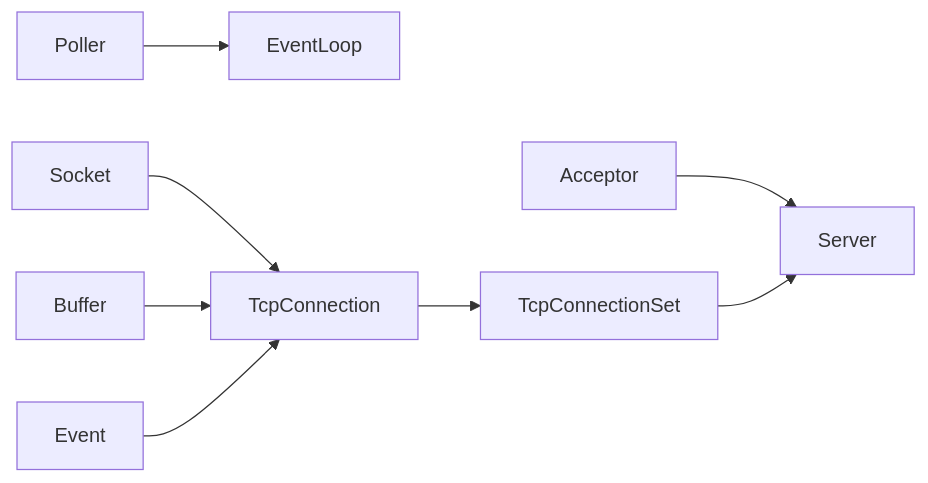
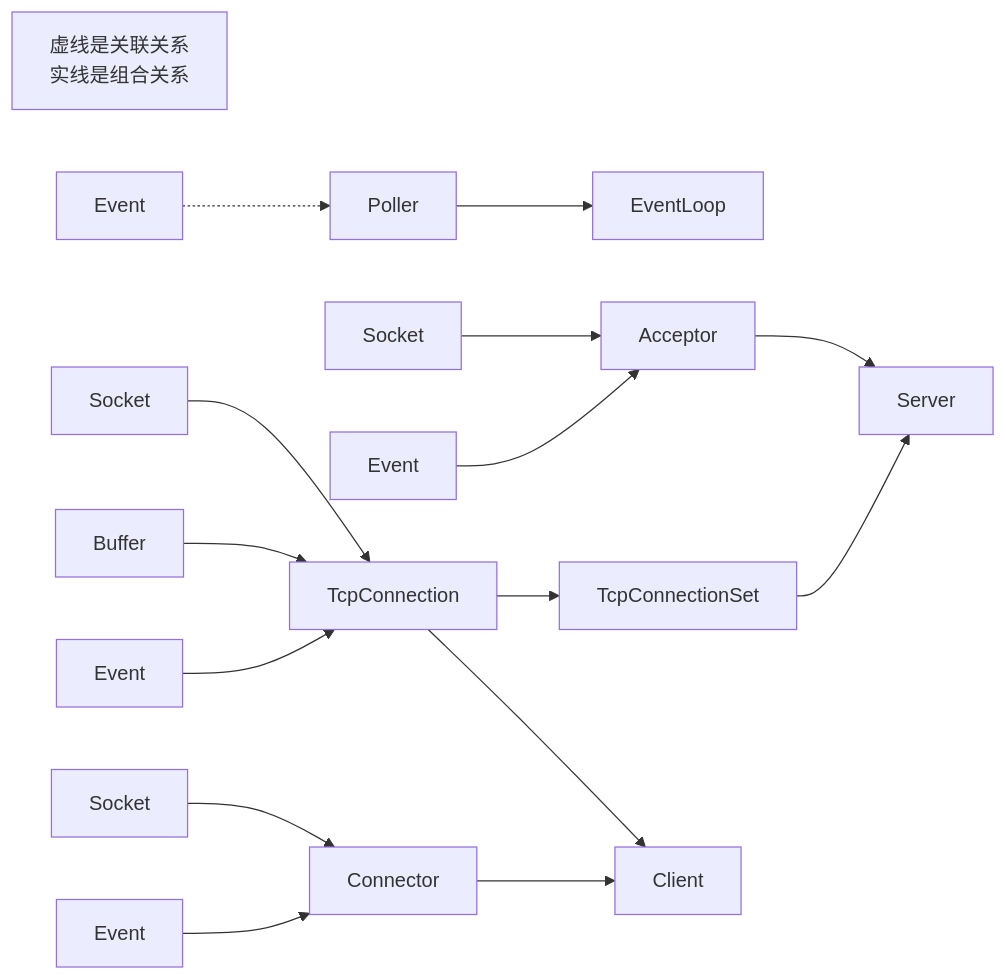
One commit to tedcy/sheep_cpp changed the diagram in fun_factory/complicated_io_refactoring/README.md. Above: the diagram before and after it, drawn with Mermaid.

Commit message:
complicated_io_refactoring server demo 1.1

````diff
--- a/fun_factory/complicated_io_refactoring/README.md
+++ b/fun_factory/complicated_io_refactoring/README.md
@@ -3,10 +3,18 @@
 ```mermaid
 graph LR;
+note[虚线是关联关系<br>实线是组合关系]
+Event3[Event]-.->Poller
 Poller-->EventLoop
 Socket-->TcpConnection
 Buffer-->TcpConnection
 Event-->TcpConnection
+Socket1[Socket]-->Acceptor
+Event1[Event]-->Acceptor
+Socket2[Socket]-->Connector
+Event2[Event]-->Connector
 Acceptor-->Server
 TcpConnection-->TcpConnectionSet
 TcpConnectionSet-->Server
+TcpConnection-->Client
+Connector-->Client
 ```
````
